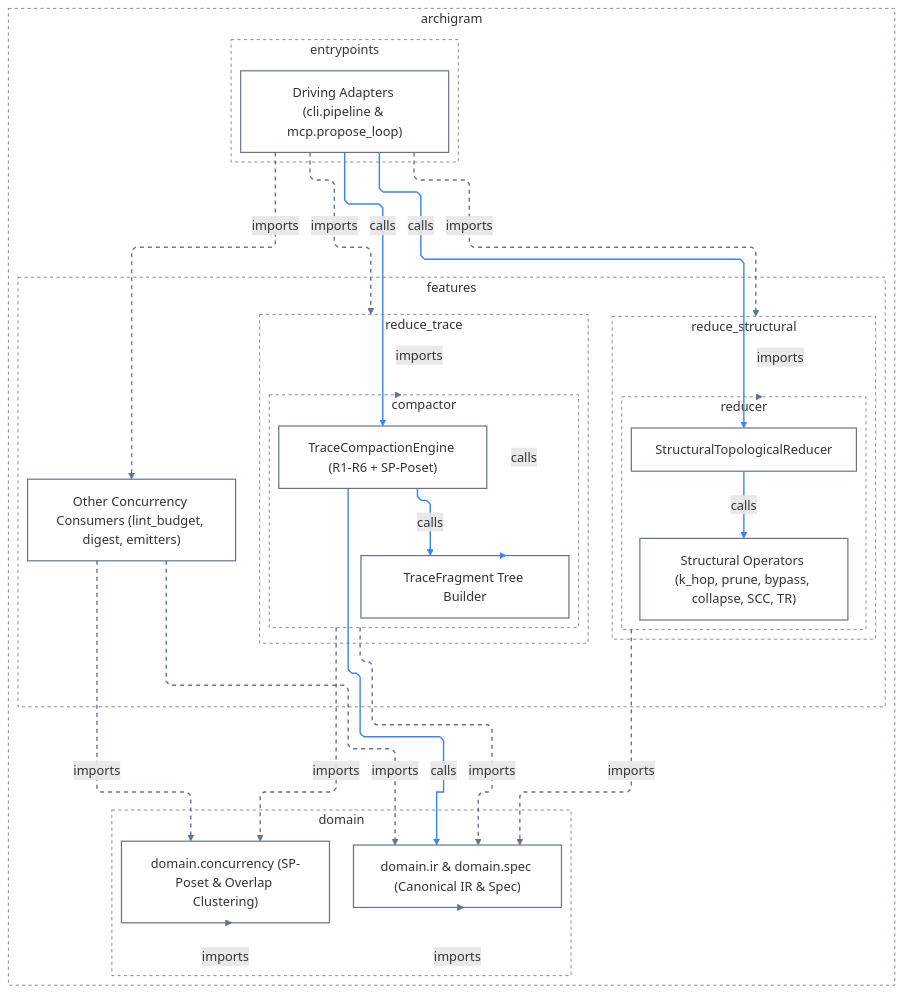
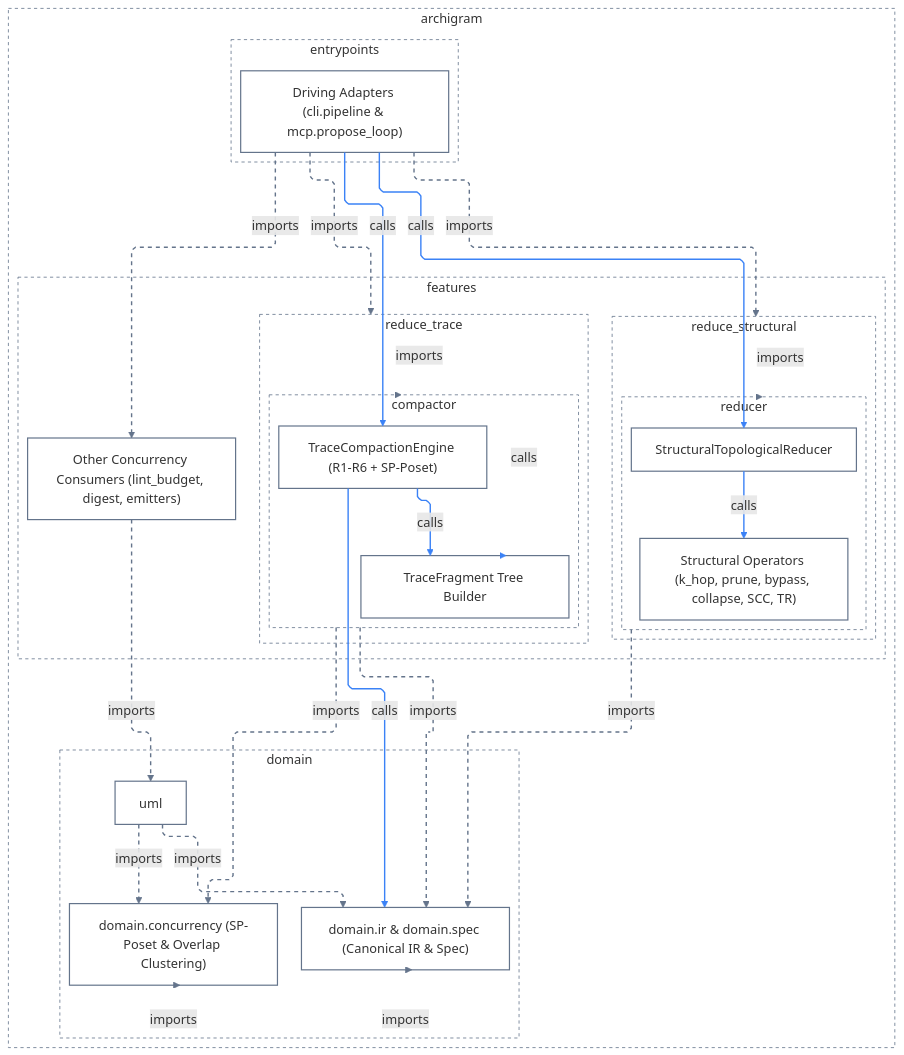
The diagram in docs/architecture/diagrams/l2b_reduction_engine_mermaid.mmd (klcd/archigram), drawn with Mermaid before and after one commit. The commit also changed 20 other files, not shown here.

Commit message:
refactor(domain): extract shared UML helpers for emitters

```diff
--- a/docs/architecture/diagrams/l2b_reduction_engine_mermaid.mmd
+++ b/docs/architecture/diagrams/l2b_reduction_engine_mermaid.mmd
@@ -1,64 +1,66 @@
 ---
 config:
   layout: elk
   elk:
     mergeEdges: false
     nodePlacementStrategy: BRANDES_KOEPF
   flowchart:
     defaultRenderer: elk
     curve: linear
 ---
 flowchart TD
   classDef default fill:transparent,stroke:#64748b,stroke-width:1.5px
   subgraph n0["archigram"]
     subgraph n1["domain"]
-      n9["domain.concurrency (SP-Poset & Overlap Clustering)"]
-      n10["domain.ir & domain.spec (Canonical IR & Spec)"]
+      n2["uml"]
+      n10["domain.concurrency (SP-Poset & Overlap Clustering)"]
+      n11["domain.ir & domain.spec (Canonical IR & Spec)"]
     end
-    subgraph n2["entrypoints"]
-      n11["Driving Adapters (cli.pipeline & mcp.propose_loop)"]
+    subgraph n3["entrypoints"]
+      n12["Driving Adapters (cli.pipeline & mcp.propose_loop)"]
     end
-    subgraph n3["features"]
-      subgraph n4["reduce_structural"]
-        subgraph n5["reducer"]
-          n12["StructuralTopologicalReducer"]
-          n13["Structural Operators (k_hop, prune, bypass, collapse, SCC, TR)"]
+    subgraph n4["features"]
+      subgraph n5["reduce_structural"]
+        subgraph n6["reducer"]
+          n13["StructuralTopologicalReducer"]
+          n14["Structural Operators (k_hop, prune, bypass, collapse, SCC, TR)"]
         end
       end
-      subgraph n6["reduce_trace"]
-        subgraph n7["compactor"]
-          n14["TraceCompactionEngine (R1-R6 + SP-Poset)"]
-          n15["TraceFragment Tree Builder"]
+      subgraph n7["reduce_trace"]
+        subgraph n8["compactor"]
+          n15["TraceCompactionEngine (R1-R6 + SP-Poset)"]
+          n16["TraceFragment Tree Builder"]
         end
       end
-      n8["Other Concurrency Consumers (lint_budget, digest, emitters)"]
+      n9["Other Concurrency Consumers (lint_budget, digest, emitters)"]
     end
   end
   style n0 fill:transparent,stroke:#64748b,stroke-width:1px,stroke-dasharray:4 4
   style n1 fill:transparent,stroke:#64748b,stroke-width:1px,stroke-dasharray:4 4
-  style n2 fill:transparent,stroke:#64748b,stroke-width:1px,stroke-dasharray:4 4
   style n3 fill:transparent,stroke:#64748b,stroke-width:1px,stroke-dasharray:4 4
   style n4 fill:transparent,stroke:#64748b,stroke-width:1px,stroke-dasharray:4 4
   style n5 fill:transparent,stroke:#64748b,stroke-width:1px,stroke-dasharray:4 4
   style n6 fill:transparent,stroke:#64748b,stroke-width:1px,stroke-dasharray:4 4
   style n7 fill:transparent,stroke:#64748b,stroke-width:1px,stroke-dasharray:4 4
-  n11 -.->|"imports"| n4
-  n11 -.->|"imports"| n6
-  n7 -.->|"imports"| n9
-  n9 -.->|"imports"| n1
-  n14 -->|"calls"| n10
-  n5 -.->|"imports"| n10
-  n7 -.->|"imports"| n10
+  style n8 fill:transparent,stroke:#64748b,stroke-width:1px,stroke-dasharray:4 4
+  n12 -.->|"imports"| n5
+  n12 -.->|"imports"| n7
+  n2 -.->|"imports"| n10
+  n8 -.->|"imports"| n10
   n10 -.->|"imports"| n1
-  n8 -.->|"imports"| n9
-  n8 -.->|"imports"| n10
-  n11 -.->|"imports"| n8
-  n11 -->|"calls"| n12
+  n2 -.->|"imports"| n11
+  n15 -->|"calls"| n11
+  n6 -.->|"imports"| n11
+  n8 -.->|"imports"| n11
+  n11 -.->|"imports"| n1
+  n9 -.->|"imports"| n2
+  n12 -.->|"imports"| n9
   n12 -->|"calls"| n13
-  n11 -->|"calls"| n14
-  n14 -->|"calls"| n15
-  n7 -->|"calls"| n15
-  n4 -.->|"imports"| n5
-  n6 -.->|"imports"| n7
-  linkStyle 0,1,2,3,5,6,7,8,9,10,16,17 stroke:#64748b,stroke-width:1.75px,stroke-dasharray:5 5
-  linkStyle 4,11,12,13,14,15 stroke:#3b82f6,stroke-width:1.75px
+  n13 -->|"calls"| n14
+  n12 -->|"calls"| n15
+  n15 -->|"calls"| n16
+  n8 -->|"calls"| n16
+  n5 -.->|"imports"| n6
+  n7 -.->|"imports"| n8
+  linkStyle 0,1,2,3,4,5,7,8,9,10,11,17,18 stroke:#64748b,stroke-width:1.75px,stroke-dasharray:5 5
+  linkStyle 6,12,13,14,15,16 stroke:#3b82f6,stroke-width:1.75px
```
